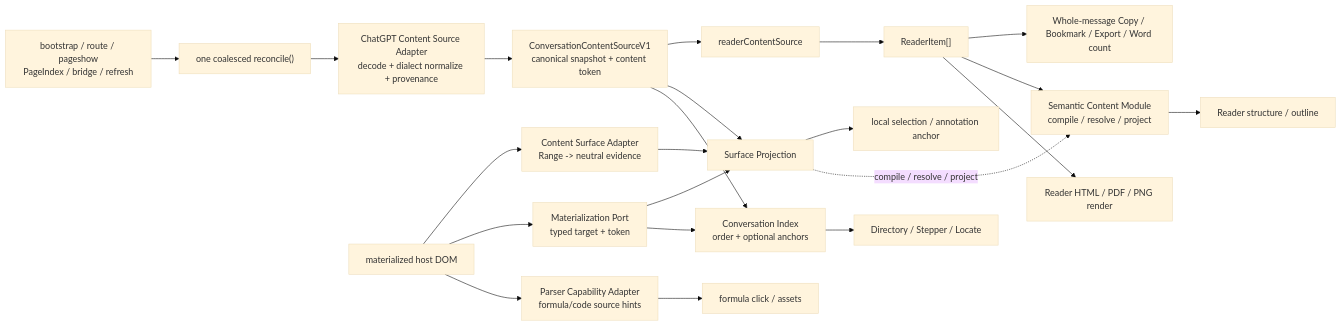
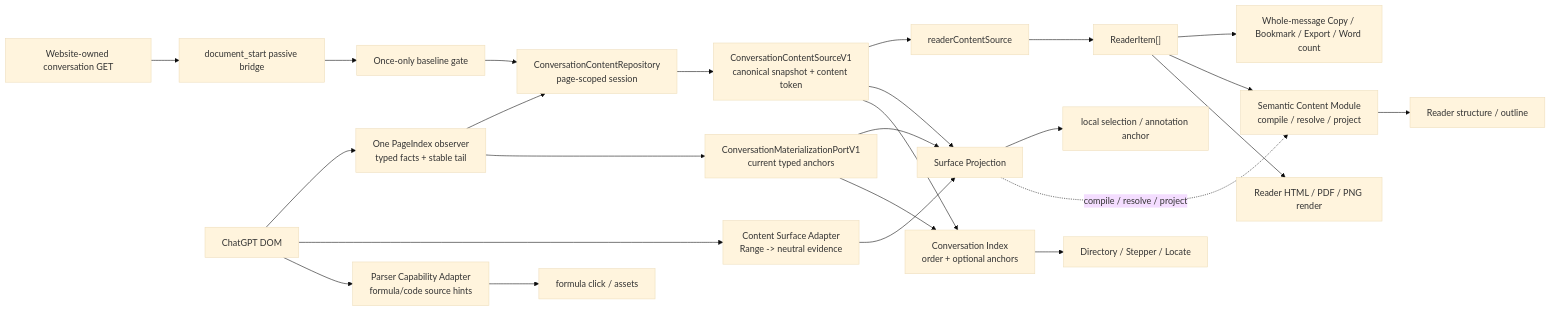
Before and after one commit to zhaoliangbin42/AI-MarkDone: the first of 2 diagrams in docs/architecture/BLUEPRINT.md, drawn with Mermaid (base theme). The commit also changed other lines of this file and 58 other files, not shown here.

````diff
--- a/docs/architecture/BLUEPRINT.md
+++ b/docs/architecture/BLUEPRINT.md
@@ -82,36 +83,41 @@
 ```mermaid
 flowchart LR
-    Signals["bootstrap / route / pageshow<br/>PageIndex / bridge / refresh"]
-    Reconcile["one coalesced reconcile()"]
-    SourceAdapter["ChatGPT Content Source Adapter<br/>decode + dialect normalize + provenance"]
+    GET["Website-owned conversation GET"]
+    Bridge["document_start passive bridge"]
+    Gate["Once-only baseline gate"]
+    DOM["ChatGPT DOM"]
+    Monitor["One PageIndex observer<br/>typed facts + stable tail"]
+    Session["ConversationContentRepository<br/>page-scoped session"]
     ContentPort["ConversationContentSourceV1<br/>canonical snapshot + content token"]
+    Materialization["ConversationMaterializationPortV1<br/>current typed anchors"]
     Semantic["Semantic Content Module<br/>compile / resolve / project"]
     ReaderSource["readerContentSource"]
     ReaderItems["ReaderItem[]"]
     Body["Whole-message Copy / Bookmark / Export / Word count"]
     Structure["Reader structure / outline"]
     Render["Reader HTML / PDF / PNG render"]
 
-    DOM["materialized host DOM"]
-    Materialization["Materialization Port<br/>typed target + token"]
     SurfaceAdapter["Content Surface Adapter<br/>Range -> neutral evidence"]
     SurfaceProjection["Surface Projection"]
     ParserAdapter["Parser Capability Adapter<br/>formula/code source hints"]
     Formula["formula click / assets"]
     Selection["local selection / annotation anchor"]
     ConversationIndex["Conversation Index<br/>order + optional anchors"]
     Navigation["Directory / Stepper / Locate"]
 
-    Signals --> Reconcile --> SourceAdapter --> ContentPort
+    GET --> Bridge --> Gate --> Session
+    DOM --> Monitor --> Session
+    Monitor --> Materialization
+    Session --> ContentPort
     ContentPort --> ReaderSource --> ReaderItems
     ReaderItems --> Body
     ReaderItems --> Semantic --> Structure
     ReaderItems --> Render
     DOM --> SurfaceAdapter --> SurfaceProjection
-    DOM --> Materialization --> SurfaceProjection
+    Materialization --> SurfaceProjection
     ContentPort --> SurfaceProjection --> Selection
     SurfaceProjection -. "compile / resolve / project" .-> Semantic
     DOM --> ParserAdapter --> Formula
     ContentPort --> ConversationIndex --> Navigation
     Materialization --> ConversationIndex
 ```
````
